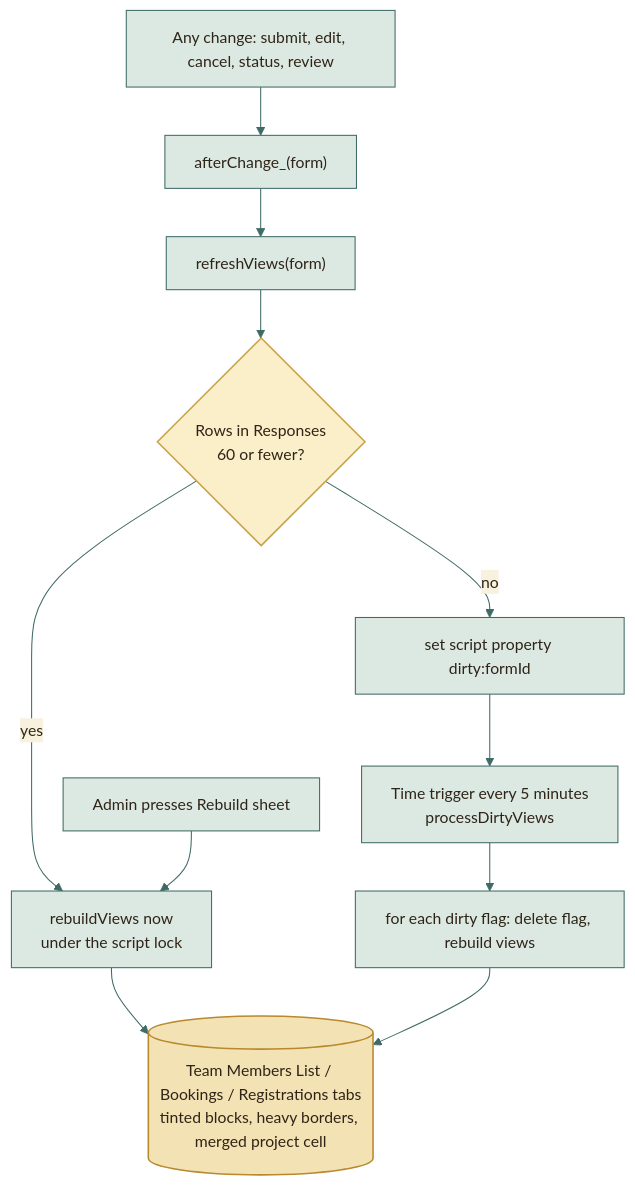
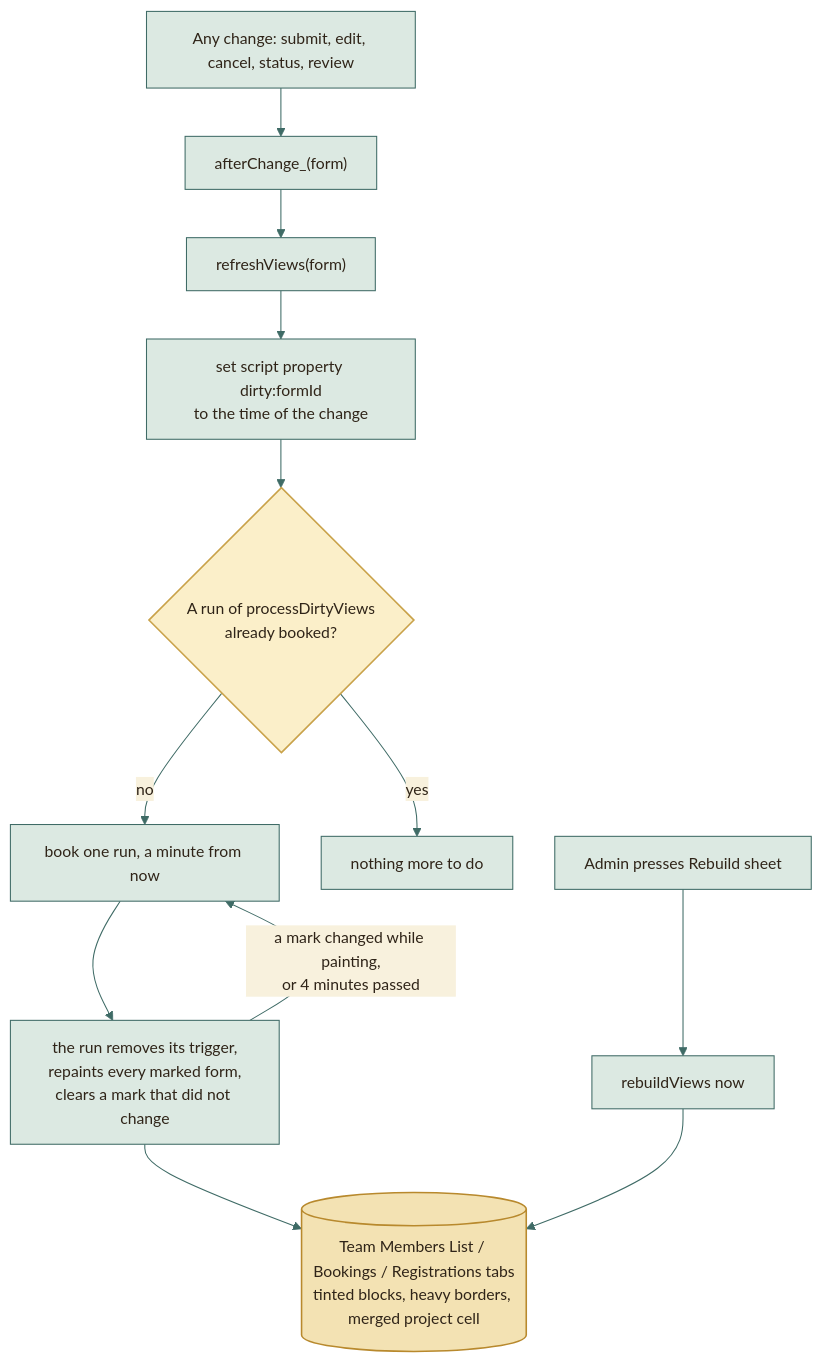
One commit to moyeh04/forms-platform changed diagram 11 of 12 in docs/architecture/ARCHITECTURE.md. Above: the diagram before and after it, drawn with Mermaid. The commit also changed other lines of this file and 9 other files, not shown here.

````diff
--- a/docs/architecture/ARCHITECTURE.md
+++ b/docs/architecture/ARCHITECTURE.md
@@ -714,43 +714,44 @@
 ```mermaid
 %%{init: {
   'theme': 'base',
   'themeVariables': {
     'fontFamily': 'ui-sans-serif, system-ui, -apple-system, Segoe UI, Roboto, sans-serif',
     'fontSize': '15px',
     'primaryColor': '#DCE9E2', 'primaryBorderColor': '#3F6B66', 'primaryTextColor': '#2F2418',
     'secondaryColor': '#F0E4C8', 'secondaryBorderColor': '#C9A24A', 'secondaryTextColor': '#2F2418',
     'tertiaryColor': '#F6EFDC', 'tertiaryBorderColor': '#CDBB94', 'tertiaryTextColor': '#2F2418',
     'lineColor': '#3F6B66', 'textColor': '#2F2418', 'mainBkg': '#DCE9E2', 'nodeBorder': '#3F6B66',
     'clusterBkg': '#F6EFDC', 'clusterBorder': '#CDBB94', 'titleColor': '#2F2418',
     'edgeLabelBackground': '#F8F1DD',
     'actorBkg': '#DCE9E2', 'actorBorder': '#3F6B66', 'actorTextColor': '#2F2418', 'actorLineColor': '#8FB3AB',
     'signalColor': '#477A73', 'signalTextColor': '#477A73',
     'labelBoxBkgColor': '#F0E4C8', 'labelBoxBorderColor': '#C9A24A', 'labelTextColor': '#2F2418', 'loopTextColor': '#6A5A44',
     'noteBkgColor': '#FBEFC9', 'noteBorderColor': '#C9A24A', 'noteTextColor': '#2F2418',
     'activationBkgColor': '#DCE9E2', 'activationBorderColor': '#3F6B66', 'sequenceNumberColor': '#F8F1DD',
     'transitionColor': '#3F6B66', 'stateLabelColor': '#2F2418', 'stateBkg': '#DCE9E2', 'altBackground': '#F6EFDC',
     'attributeBackgroundColorOdd': '#F8F1DD', 'attributeBackgroundColorEven': '#F0E4C8'
   },
   'flowchart': {'curve': 'basis', 'padding': 14, 'nodeSpacing': 40, 'rankSpacing': 46},
   'sequence': {'mirrorActors': false, 'messageMargin': 34, 'boxMargin': 8}
 }}%%
 flowchart TD
     A["Any change: submit, edit, cancel, status, review"] --> B["afterChange_(form)"]
     B --> C["refreshViews(form)"]
-    C --> D{"Rows in Responses<br/>60 or fewer?"}
-    D -- "yes" --> E["rebuildViews now<br/>under the script lock"]
-    D -- "no" --> F["set script property dirty:formId"]
-    F --> G["Time trigger every 5 minutes<br/>processDirtyViews"]
-    G --> H["for each dirty flag: delete flag, rebuild views"]
-    E --> I[("Team Members List / Bookings / Registrations tabs<br/>tinted blocks, heavy borders, merged project cell")]
-    H --> I
-    J["Admin presses Rebuild sheet"] --> E
+    C --> F["set script property dirty:formId<br/>to the time of the change"]
+    F --> D{"A run of processDirtyViews<br/>already booked?"}
+    D -- "no" --> G["book one run, a minute from now"]
+    D -- "yes" --> W["nothing more to do"]
+    G --> H["the run removes its trigger,<br/>repaints every marked form,<br/>clears a mark that did not change"]
+    H --> I[("Team Members List / Bookings / Registrations tabs<br/>tinted blocks, heavy borders, merged project cell")]
+    H -- "a mark changed while painting,<br/>or 4 minutes passed" --> G
+    J["Admin presses Rebuild sheet"] --> E["rebuildViews now"]
+    E --> I
     classDef cDb fill:#F3E2B3,stroke:#B8892D,stroke-width:1.5px,color:#2F2418
     classDef cActor fill:#F4D9D3,stroke:#9A3328,stroke-width:1.5px,color:#2F2418
     classDef cDec fill:#FBEFC9,stroke:#C9A24A,stroke-width:1.5px,color:#2F2418
     classDef cEnd fill:#2F2418,stroke:#2F2418,color:#F8F1DD
     classDef cErr fill:#F6D5CF,stroke:#A12B1F,stroke-width:1.5px,color:#5A140C
     classDef cOk fill:#BFD9CF,stroke:#2E5A55,stroke-width:1.5px,color:#17302D
     class I cDb
     class D cDec
 ```
````
